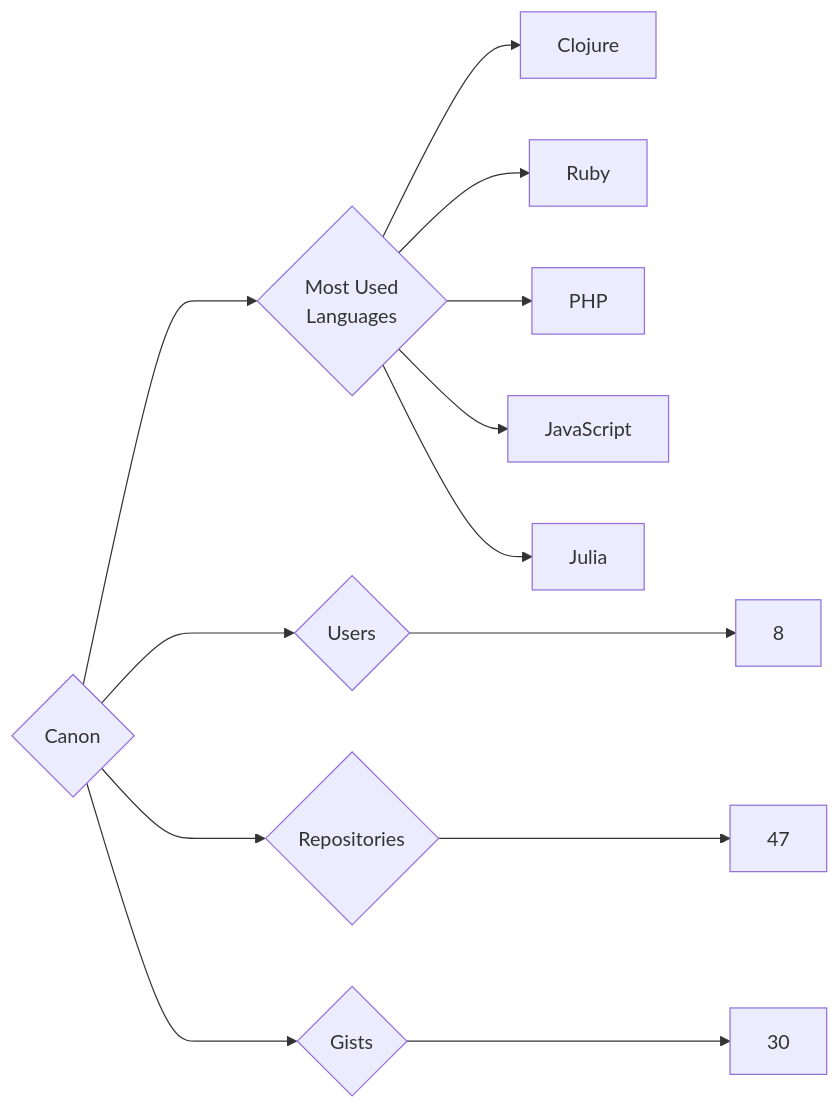
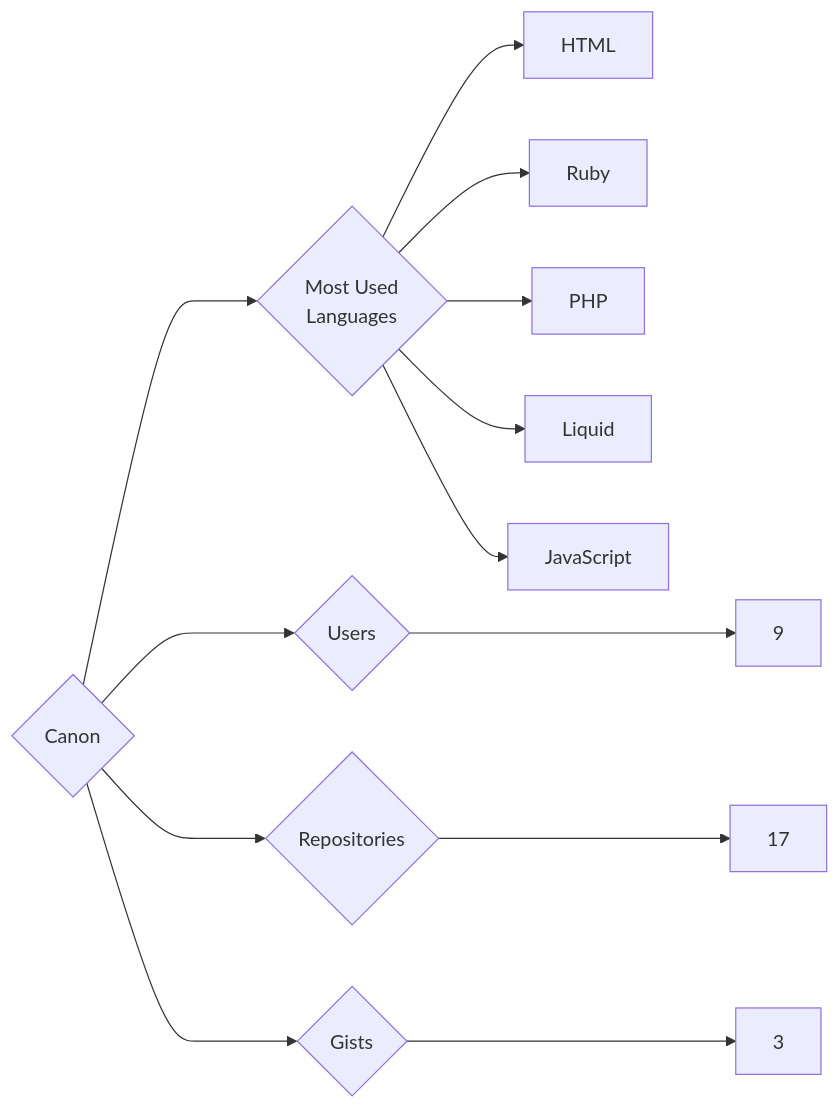
The diagram in targets/Canon/README.md (trickest/insiders), drawn with Mermaid before and after one commit. The commit also changed 1167 other files, not shown here.

````diff
--- a/targets/Canon/README.md
+++ b/targets/Canon/README.md
@@ -3,13 +3,13 @@
 ```mermaid
 graph LR
 COMPANY_NAME{Canon}
-COMPANY_NAME ---> U{Users} ---> UN[8]
-COMPANY_NAME ---> R{Repositories} ---> RN[47]
-COMPANY_NAME ---> G{Gists} ---> GN[30]
+COMPANY_NAME ---> U{Users} ---> UN[9]
+COMPANY_NAME ---> R{Repositories} ---> RN[17]
+COMPANY_NAME ---> G{Gists} ---> GN[3]
 COMPANY_NAME ---> ML{Most Used<br>Languages}
-ML --> Clojure[Clojure]
+ML --> HTML[HTML]
 ML --> Ruby[Ruby]
 ML --> PHP[PHP]
+ML --> Liquid[Liquid]
 ML --> JavaScript[JavaScript]
-ML --> Julia[Julia]
 ```
````
